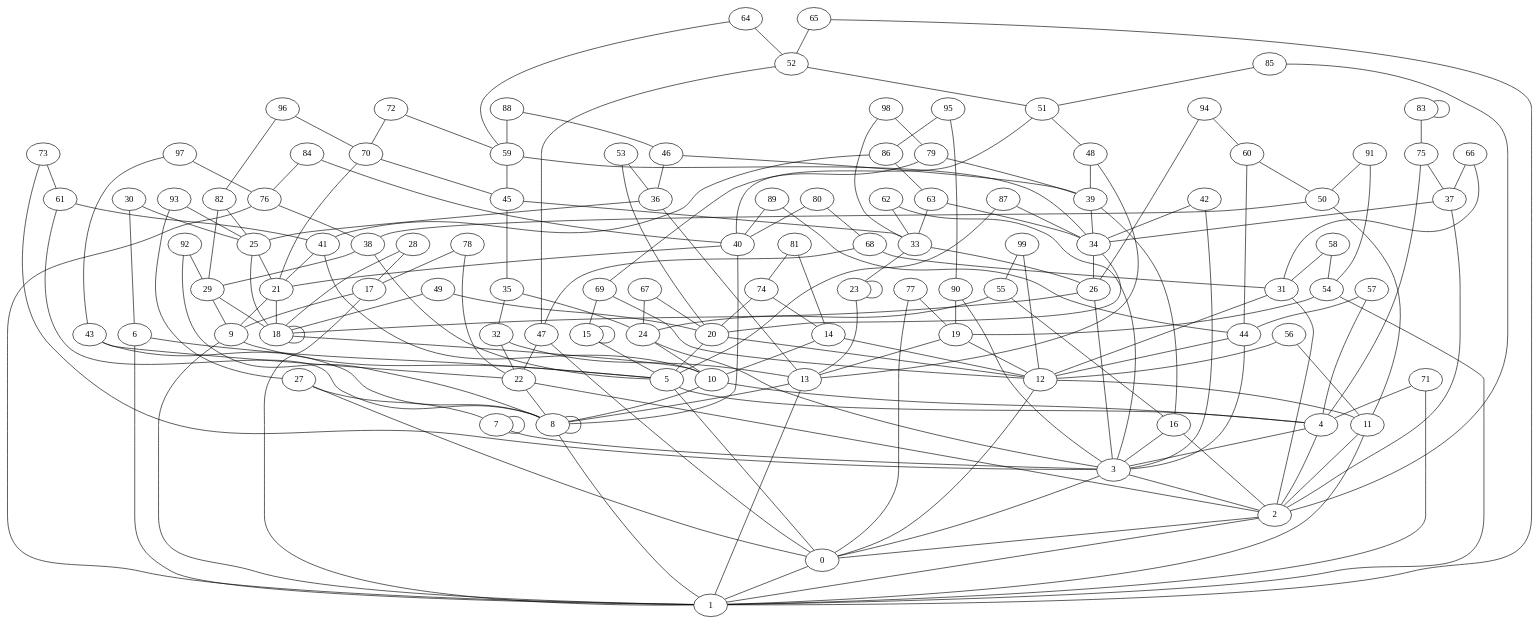
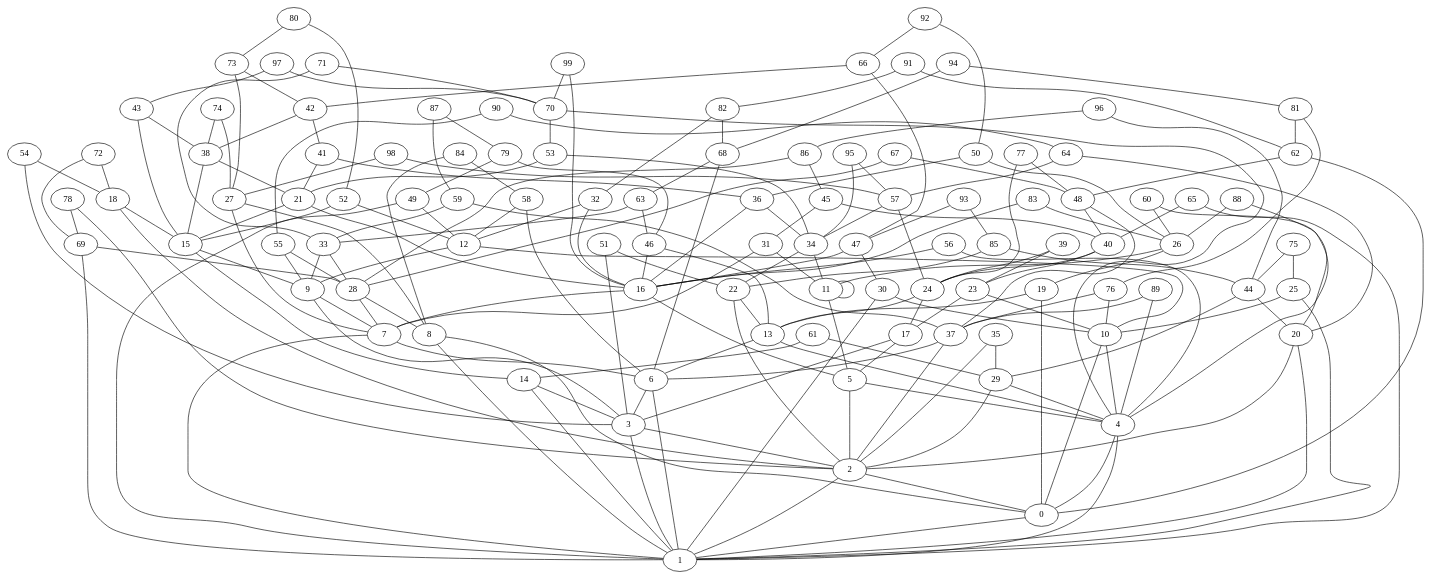
The diagram in grafo_barabasi_100.gv (FranciscoMGL/Proyecto-Algoritmos), drawn with Graphviz before and after one commit. The commit also changed 30 other files, not shown here.

```diff
--- a/grafo_barabasi_100.gv
+++ b/grafo_barabasi_100.gv
@@ -1,199 +1,299 @@
 graph G {
-    "53" -- "36";
-    "26" -- "18";
-    "45" -- "33";
-    "64" -- "59";
-    "94" -- "26";
+  "0";
+  "1";
+  "2";
+  "3";
+  "4";
+  "5";
+  "6";
+  "7";
+  "8";
+  "9";
+  "10";
+  "11";
+  "12";
+  "13";
+  "14";
+  "15";
+  "16";
+  "17";
+  "18";
+  "19";
+  "20";
+  "21";
+  "22";
+  "23";
+  "24";
+  "25";
+  "26";
+  "27";
+  "28";
+  "29";
+  "30";
+  "31";
+  "32";
+  "33";
+  "34";
+  "35";
+  "36";
+  "37";
+  "38";
+  "39";
+  "40";
+  "41";
+  "42";
+  "43";
+  "44";
+  "45";
+  "46";
+  "47";
+  "48";
+  "49";
+  "50";
+  "51";
+  "52";
+  "53";
+  "54";
+  "55";
+  "56";
+  "57";
+  "58";
+  "59";
+  "60";
+  "61";
+  "62";
+  "63";
+  "64";
+  "65";
+  "66";
+  "67";
+  "68";
+  "69";
+  "70";
+  "71";
+  "72";
+  "73";
+  "74";
+  "75";
+  "76";
+  "77";
+  "78";
+  "79";
+  "80";
+  "81";
+  "82";
+  "83";
+  "84";
+  "85";
+  "86";
+  "87";
+  "88";
+  "89";
+  "90";
+  "91";
+  "92";
+  "93";
+  "94";
+  "95";
+  "96";
+  "97";
+  "98";
+  "99";
+    "21" -- "15";
+    "72" -- "18";
+    "81" -- "62";
+    "94" -- "81";
+    "49" -- "1";
+    "67" -- "28";
+    "47" -- "16";
     "63" -- "33";
-    "5" -- "0";
-    "37" -- "34";
-    "17" -- "9";
-    "11" -- "2";
-    "91" -- "50";
-    "69" -- "15";
-    "46" -- "36";
-    "57" -- "4";
-    "35" -- "24";
-    "28" -- "18";
-    "78" -- "17";
-    "24" -- "3";
-    "4" -- "2";
-    "95" -- "86";
-    "49" -- "20";
-    "83" -- "75";
+    "66" -- "42";
+    "60" -- "26";
+    "52" -- "12";
+    "42" -- "41";
+    "28" -- "7";
+    "6" -- "3";
+    "69" -- "28";
+    "15" -- "14";
+    "62" -- "0";
+    "23" -- "17";
     "8" -- "1";
-    "42" -- "3";
-    "58" -- "31";
-    "94" -- "60";
-    "17" -- "1";
+    "61" -- "29";
     "19" -- "13";
-    "82" -- "25";
-    "21" -- "18";
-    "36" -- "25";
-    "20" -- "12";
-    "87" -- "34";
-    "46" -- "39";
-    "81" -- "14";
-    "26" -- "3";
+    "68" -- "6";
+    "13" -- "6";
+    "66" -- "47";
+    "98" -- "57";
+    "17" -- "3";
+    "85" -- "22";
+    "12" -- "9";
+    "45" -- "40";
     "41" -- "21";
-    "21" -- "9";
-    "87" -- "5";
-    "90" -- "3";
-    "67" -- "24";
-    "44" -- "3";
-    "93" -- "27";
-    "56" -- "12";
-    "43" -- "8";
-    "93" -- "25";
-    "68" -- "47";
-    "84" -- "40";
-    "86" -- "63";
-    "61" -- "8";
-    "78" -- "22";
-    "25" -- "21";
-    "74" -- "14";
+    "89" -- "4";
+    "41" -- "36";
+    "75" -- "25";
+    "18" -- "15";
+    "53" -- "34";
+    "50" -- "36";
+    "55" -- "28";
+    "99" -- "16";
+    "76" -- "37";
     "2" -- "0";
-    "38" -- "29";
-    "32" -- "22";
-    "51" -- "48";
-    "31" -- "12";
-    "50" -- "38";
-    "76" -- "1";
-    "7" -- "7";
-    "23" -- "13";
-    "24" -- "10";
-    "58" -- "54";
-    "52" -- "47";
-    "97" -- "76";
-    "74" -- "20";
-    "54" -- "19";
-    "52" -- "51";
-    "50" -- "11";
-    "9" -- "5";
-    "75" -- "4";
-    "33" -- "23";
-    "39" -- "34";
+    "16" -- "5";
+    "44" -- "20";
+    "63" -- "46";
+    "40" -- "23";
+    "3" -- "1";
+    "56" -- "16";
+    "49" -- "12";
+    "82" -- "32";
+    "27" -- "8";
+    "20" -- "2";
+    "16" -- "7";
+    "30" -- "1";
+    "83" -- "16";
+    "29" -- "2";
+    "87" -- "79";
+    "80" -- "73";
+    "43" -- "38";
+    "50" -- "26";
+    "29" -- "4";
+    "69" -- "1";
+    "14" -- "1";
+    "84" -- "8";
+    "9" -- "7";
+    "81" -- "76";
     "22" -- "2";
-    "18" -- "18";
-    "31" -- "2";
-    "67" -- "20";
-    "98" -- "79";
-    "34" -- "26";
-    "55" -- "24";
-    "51" -- "40";
-    "99" -- "12";
-    "13" -- "8";
-    "77" -- "19";
-    "22" -- "8";
-    "71" -- "1";
-    "27" -- "0";
-    "40" -- "8";
-    "59" -- "34";
-    "59" -- "45";
-    "88" -- "46";
-    "62" -- "3";
-    "7" -- "3";
-    "96" -- "82";
-    "19" -- "12";
-    "16" -- "3";
-    "48" -- "13";
-    "64" -- "52";
-    "60" -- "44";
-    "40" -- "21";
-    "88" -- "59";
-    "48" -- "39";
-    "9" -- "1";
-    "99" -- "55";
-    "53" -- "20";
-    "70" -- "45";
-    "70" -- "21";
-    "32" -- "13";
-    "47" -- "0";
-    "66" -- "37";
-    "6" -- "5";
-    "25" -- "18";
-    "60" -- "50";
-    "73" -- "3";
-    "75" -- "37";
-    "92" -- "29";
-    "72" -- "59";
-    "72" -- "70";
-    "62" -- "33";
-    "8" -- "8";
+    "21" -- "16";
+    "57" -- "34";
+    "70" -- "53";
+    "34" -- "11";
+    "51" -- "3";
+    "47" -- "30";
+    "93" -- "85";
+    "95" -- "57";
+    "91" -- "62";
+    "55" -- "9";
+    "14" -- "3";
+    "11" -- "5";
+    "13" -- "4";
+    "46" -- "13";
+    "43" -- "15";
+    "78" -- "69";
+    "38" -- "21";
+    "52" -- "15";
+    "80" -- "52";
+    "7" -- "1";
+    "58" -- "6";
+    "93" -- "47";
+    "92" -- "50";
+    "85" -- "44";
+    "67" -- "48";
+    "25" -- "1";
+    "60" -- "20";
+    "79" -- "46";
+    "39" -- "24";
+    "35" -- "29";
+    "70" -- "4";
+    "44" -- "29";
+    "96" -- "86";
+    "57" -- "24";
+    "74" -- "27";
+    "88" -- "4";
+    "90" -- "55";
+    "12" -- "10";
+    "11" -- "11";
+    "76" -- "10";
+    "97" -- "70";
+    "30" -- "10";
+    "48" -- "37";
+    "65" -- "40";
+    "96" -- "44";
+    "58" -- "12";
+    "35" -- "2";
+    "9" -- "3";
+    "38" -- "15";
+    "46" -- "16";
     "2" -- "1";
-    "55" -- "16";
-    "14" -- "10";
-    "11" -- "1";
-    "43" -- "22";
-    "77" -- "0";
-    "81" -- "74";
-    "90" -- "19";
-    "89" -- "44";
-    "63" -- "34";
+    "4" -- "0";
+    "71" -- "33";
+    "34" -- "22";
+    "36" -- "34";
+    "99" -- "70";
+    "26" -- "19";
+    "23" -- "10";
+    "20" -- "1";
+    "62" -- "48";
+    "31" -- "11";
+    "64" -- "20";
+    "79" -- "49";
+    "59" -- "37";
     "37" -- "2";
-    "69" -- "12";
-    "14" -- "12";
+    "56" -- "4";
+    "91" -- "82";
     "10" -- "4";
     "27" -- "7";
-    "23" -- "23";
-    "39" -- "16";
-    "10" -- "8";
+    "42" -- "38";
+    "37" -- "6";
+    "84" -- "58";
+    "4" -- "1";
     "3" -- "2";
-    "20" -- "5";
-    "13" -- "1";
-    "44" -- "12";
-    "92" -- "8";
-    "38" -- "5";
-    "85" -- "2";
-    "15" -- "15";
-    "66" -- "31";
-    "79" -- "39";
-    "4" -- "3";
-    "36" -- "13";
-    "33" -- "26";
-    "30" -- "6";
-    "29" -- "18";
-    "45" -- "35";
-    "61" -- "41";
-    "57" -- "44";
-    "73" -- "61";
+    "54" -- "18";
+    "89" -- "37";
+    "86" -- "28";
+    "28" -- "8";
+    "25" -- "10";
+    "94" -- "68";
+    "88" -- "26";
+    "32" -- "16";
+    "90" -- "64";
+    "86" -- "45";
     "6" -- "1";
-    "18" -- "10";
-    "47" -- "22";
-    "29" -- "9";
-    "68" -- "31";
-    "80" -- "40";
+    "8" -- "0";
+    "5" -- "2";
+    "24" -- "17";
+    "75" -- "44";
+    "95" -- "34";
+    "33" -- "28";
+    "98" -- "27";
+    "78" -- "2";
+    "26" -- "11";
+    "74" -- "38";
+    "61" -- "14";
     "97" -- "43";
     "5" -- "4";
-    "89" -- "40";
-    "79" -- "69";
-    "54" -- "1";
-    "56" -- "11";
-    "91" -- "54";
+    "31" -- "7";
+    "59" -- "33";
+    "73" -- "27";
     "0" -- "1";
-    "15" -- "5";
-    "34" -- "20";
-    "49" -- "18";
-    "96" -- "70";
-    "42" -- "34";
-    "16" -- "2";
-    "85" -- "51";
-    "84" -- "76";
-    "80" -- "68";
-    "76" -- "38";
-    "35" -- "32";
-    "82" -- "29";
-    "30" -- "25";
-    "98" -- "33";
-    "41" -- "10";
-    "95" -- "90";
-    "71" -- "4";
-    "65" -- "52";
-    "3" -- "0";
+    "87" -- "59";
+    "10" -- "0";
+    "39" -- "23";
+    "19" -- "0";
+    "7" -- "6";
+    "77" -- "48";
+    "77" -- "24";
+    "22" -- "13";
+    "54" -- "3";
+    "92" -- "66";
+    "83" -- "26";
+    "40" -- "24";
+    "72" -- "69";
+    "36" -- "16";
+    "71" -- "70";
+    "73" -- "42";
+    "17" -- "5";
     "65" -- "1";
-    "12" -- "0";
-    "12" -- "11";
-    "28" -- "17";
-    "83" -- "83";
-    "86" -- "41";
+    "15" -- "9";
+    "32" -- "12";
+    "45" -- "31";
+    "48" -- "40";
+    "64" -- "57";
+    "18" -- "2";
+    "51" -- "22";
+    "53" -- "21";
+    "33" -- "9";
+    "68" -- "63";
+    "82" -- "68";
+    "24" -- "13";
 }
```
